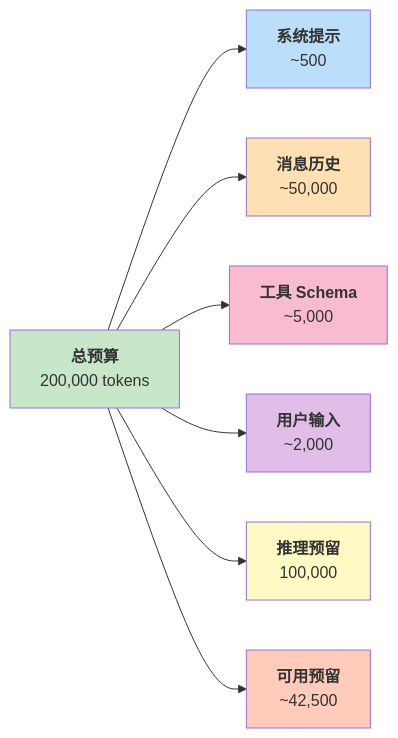
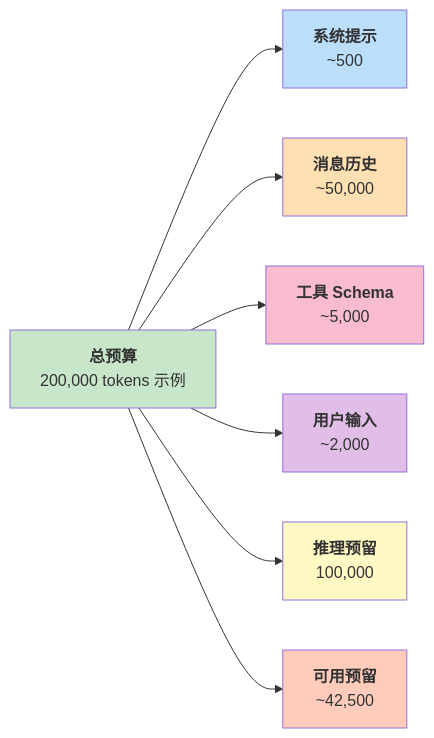
One commit to yeasy/harness_engineering_guide changed the diagram in 04_runtime/4.6_token_budget.md. Above: the diagram before and after it, drawn with Mermaid. The commit also changed other lines of this file and 7 other files, not shown here.

````diff
--- a/04_runtime/4.6_token_budget.md
+++ b/04_runtime/4.6_token_budget.md
@@ -16,16 +16,16 @@
 ```mermaid
 graph LR
-    A["<b>总预算</b><br/>200,000 tokens"] --> B["<b>系统提示</b><br/>~500"]
+    A["<b>总预算</b><br/>200,000 tokens 示例"] --> B["<b>系统提示</b><br/>~500"]
     A --> C["<b>消息历史</b><br/>~50,000"]
     A --> D["<b>工具 Schema</b><br/>~5,000"]
     A --> E["<b>用户输入</b><br/>~2,000"]
     A --> F["<b>推理预留</b><br/>100,000"]
     A --> G["<b>可用预留</b><br/>~42,500"]
     style A fill:#c8e6c9
     style B fill:#bbdefb
     style C fill:#ffe0b2
     style D fill:#f8bbd0
     style E fill:#e1bee7
     style F fill:#fff9c4
     style G fill:#ffccbc
 ```
````
